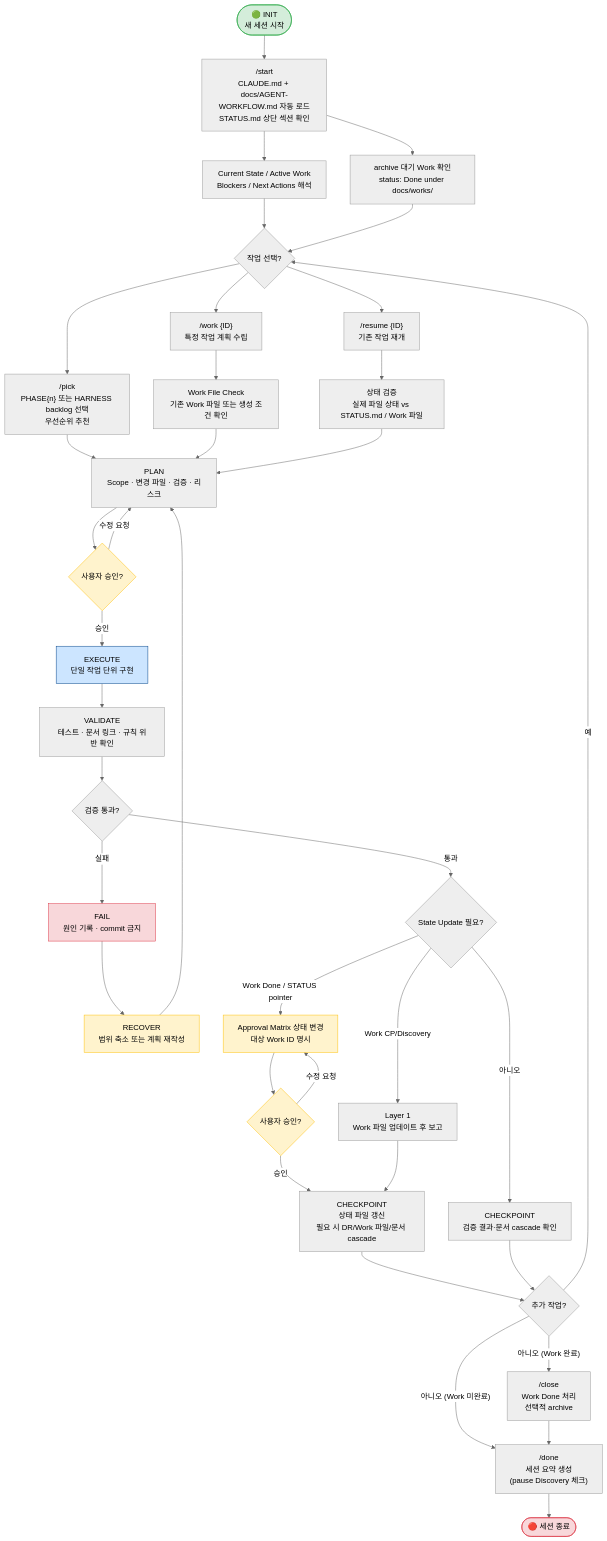
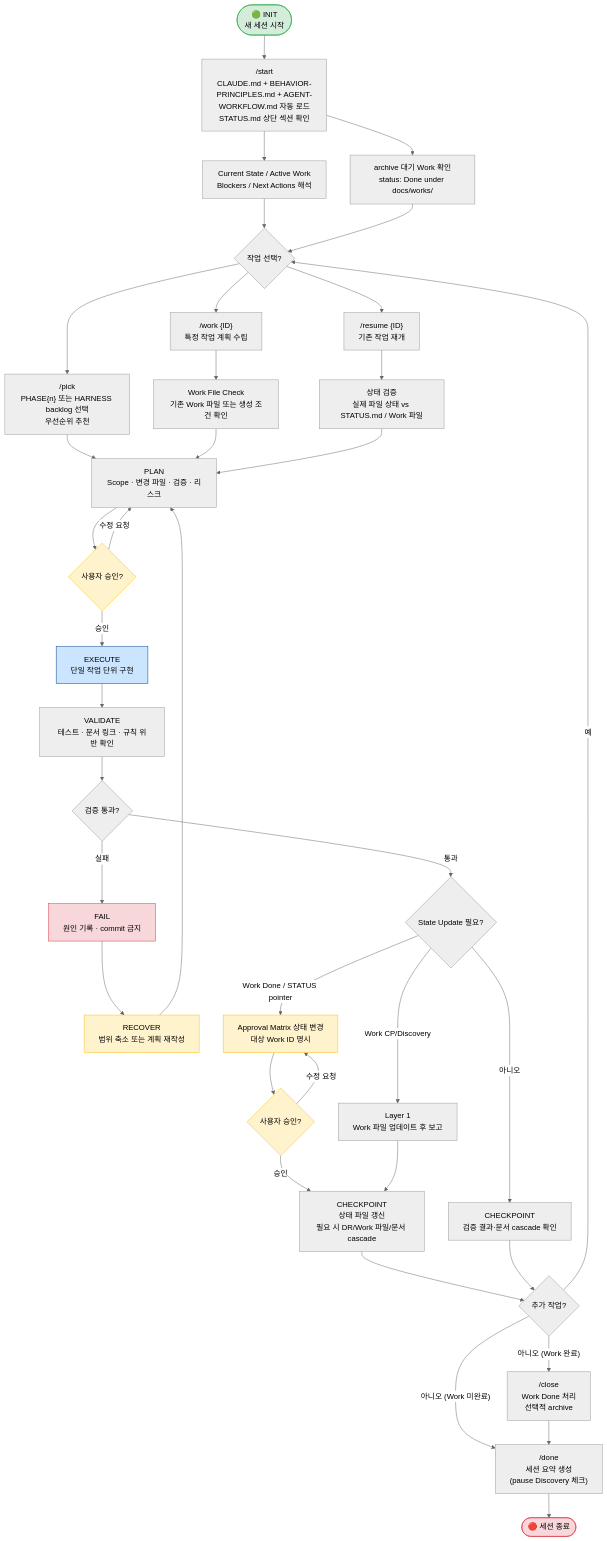
Before and after one commit to kyungseo/ai-workflow-harness: the eighth of 14 diagrams in docs/WORKFLOW-MANUAL.md, drawn with Mermaid (neutral theme). The commit also changed other lines of this file and 11 other files, not shown here.

````diff
--- a/docs/WORKFLOW-MANUAL.md
+++ b/docs/WORKFLOW-MANUAL.md
@@ -633,54 +642,54 @@
 ```mermaid
 flowchart TD
-    START([🟢 INIT\n새 세션 시작]) --> STARTUP["/start\nCLAUDE.md + docs/AGENT-WORKFLOW.md 자동 로드\nSTATUS.md 상단 섹션 확인"]
+    START([🟢 INIT\n새 세션 시작]) --> STARTUP["/start\nCLAUDE.md + BEHAVIOR-PRINCIPLES.md + AGENT-WORKFLOW.md 자동 로드\nSTATUS.md 상단 섹션 확인"]
     STARTUP --> STATE["Current State / Active Work\nBlockers / Next Actions 해석"]
     STARTUP --> DONE_SCAN["archive 대기 Work 확인\nstatus: Done under docs/works/"]
     STATE --> ASSESS{작업 선택?}
     DONE_SCAN --> ASSESS
 
     ASSESS --> PICK["/pick\nPHASE{n} 또는 HARNESS backlog 선택\n우선순위 추천"]
     ASSESS --> WORK_ID["/work {ID}\n특정 작업 계획 수립"]
     ASSESS --> RESUME["/resume {ID}\n기존 작업 재개"]
 
     PICK --> PLAN["PLAN\nScope · 변경 파일 · 검증 · 리스크"]
     WORK_ID --> WORK_FILE["Work File Check\n기존 Work 파일 또는 생성 조건 확인"]
     WORK_FILE --> PLAN
     RESUME --> VERIFY_STATE["상태 검증\n실제 파일 상태 vs STATUS.md / Work 파일"]
     VERIFY_STATE --> PLAN
 
     PLAN --> APPROVAL{사용자 승인?}
     APPROVAL -- 수정 요청 --> PLAN
     APPROVAL -- 승인 --> EXECUTE["EXECUTE\n단일 작업 단위 구현"]
 
     EXECUTE --> VALIDATE["VALIDATE\n테스트 · 문서 링크 · 규칙 위반 확인"]
     VALIDATE --> PASS{검증 통과?}
     PASS -- 실패 --> FAIL["FAIL\n원인 기록 · commit 금지"]
     FAIL --> RECOVER["RECOVER\n범위 축소 또는 계획 재작성"]
     RECOVER --> PLAN
     PASS -- 통과 --> STATE_NEED{State Update 필요?}
     STATE_NEED -- "Work CP/Discovery" --> WORK_UPDATE["Layer 1\nWork 파일 업데이트 후 보고"]
     STATE_NEED -- "Work Done / STATUS pointer" --> STATE_PROPOSAL["Approval Matrix 상태 변경\n대상 Work ID 명시"]
     STATE_NEED -- 아니오 --> CHECKPOINT_CLEAN["CHECKPOINT\n검증 결과·문서 cascade 확인"]
     STATE_PROPOSAL --> STATE_APPROVAL{사용자 승인?}
     STATE_APPROVAL -- 수정 요청 --> STATE_PROPOSAL
     STATE_APPROVAL -- 승인 --> CHECKPOINT_UPDATED["CHECKPOINT\n상태 파일 갱신\n필요 시 DR/Work 파일/문서 cascade"]
     WORK_UPDATE --> CHECKPOINT_UPDATED
 
     CHECKPOINT_UPDATED --> NEXT{추가 작업?}
     CHECKPOINT_CLEAN --> NEXT
     NEXT -- 예 --> ASSESS
     NEXT -- "아니오 (Work 완료)" --> CLOSE["/close\nWork Done 처리\n선택적 archive"]
     NEXT -- "아니오 (Work 미완료)" --> DONE["/done\n세션 요약 생성\n(pause Discovery 체크)"]
     CLOSE --> DONE
 
     DONE --> END([🔴 세션 종료])
 
     style START fill:#d4edda,stroke:#28a745
     style END fill:#f8d7da,stroke:#dc3545
     style APPROVAL fill:#fff3cd,stroke:#ffc107
     style EXECUTE fill:#cce5ff,stroke:#004085
     style FAIL fill:#f8d7da,stroke:#dc3545
     style RECOVER fill:#fff3cd,stroke:#ffc107
     style STATE_PROPOSAL fill:#fff3cd,stroke:#ffc107
     style STATE_APPROVAL fill:#fff3cd,stroke:#ffc107
 ```
````
